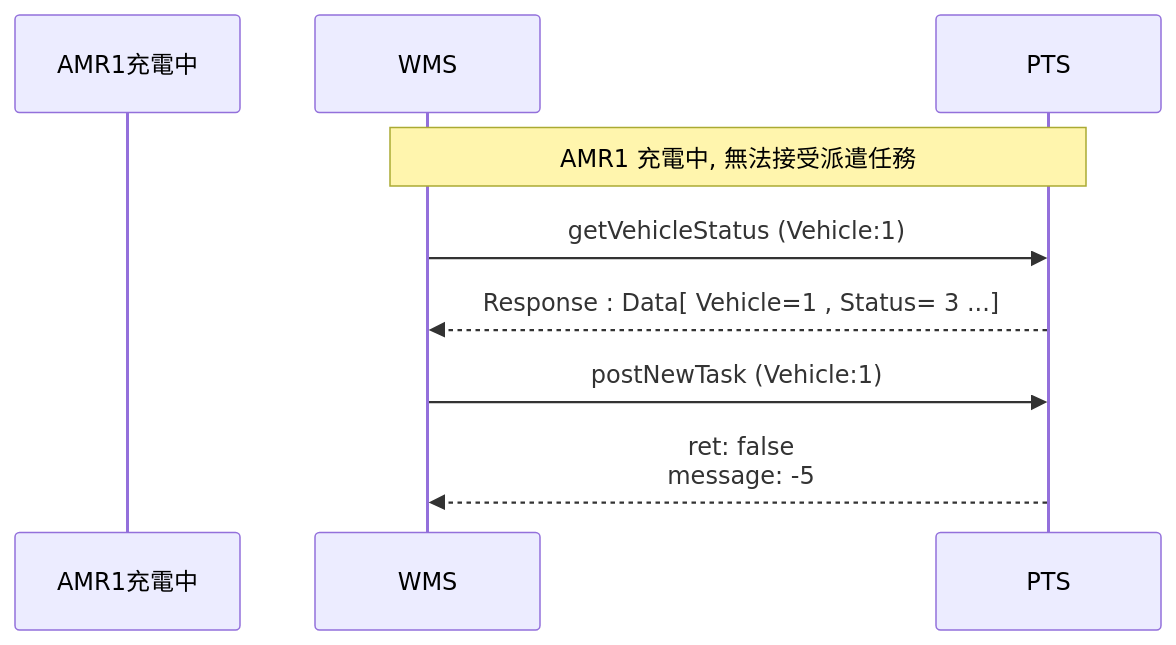
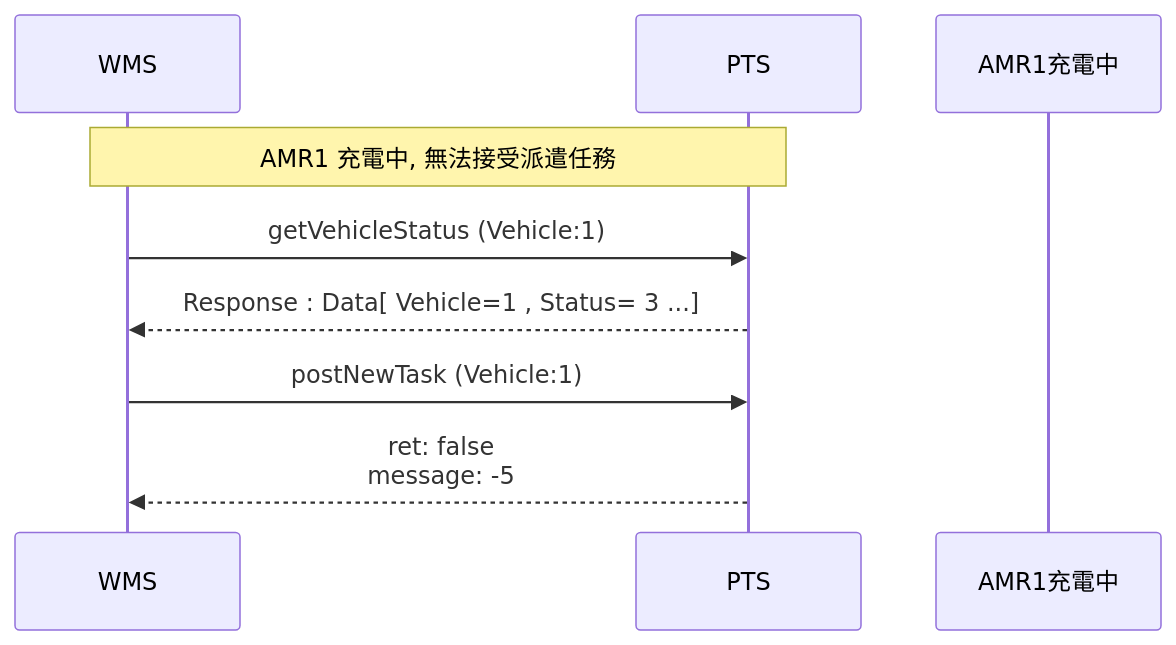
Before and after one commit to athena-tircgo/amr-wms-lsj: the tenth of 10 diagrams in README.md, drawn with Mermaid. The commit also changed other lines of this file, not shown here.

````diff
--- a/README.md
+++ b/README.md
@@ -489,16 +490,16 @@
 ```mermaid
 sequenceDiagram
-    participant AMR1充電中
     participant WMS
     participant PTS
+    participant AMR1充電中
     
 
 note over PTS,WMS: AMR1 充電中, 無法接受派遣任務
 
      WMS->>PTS:getVehicleStatus (Vehicle:1)
      PTS-->>WMS : Response :  Data[ Vehicle=1 , Status= 3  ...]
 
      WMS->>PTS: postNewTask (Vehicle:1)
      PTS-->>WMS : ret: false <br> message: -5
 
 ```
````
